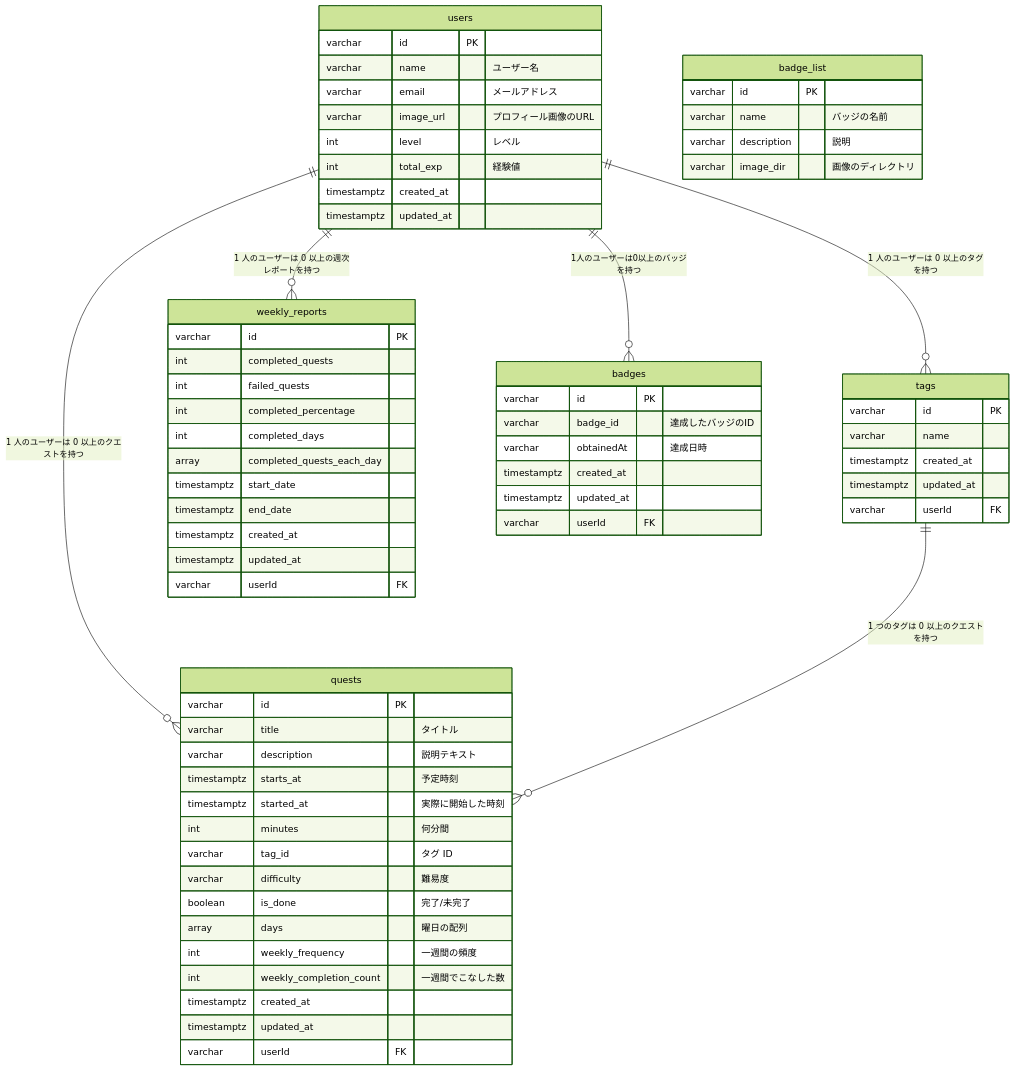
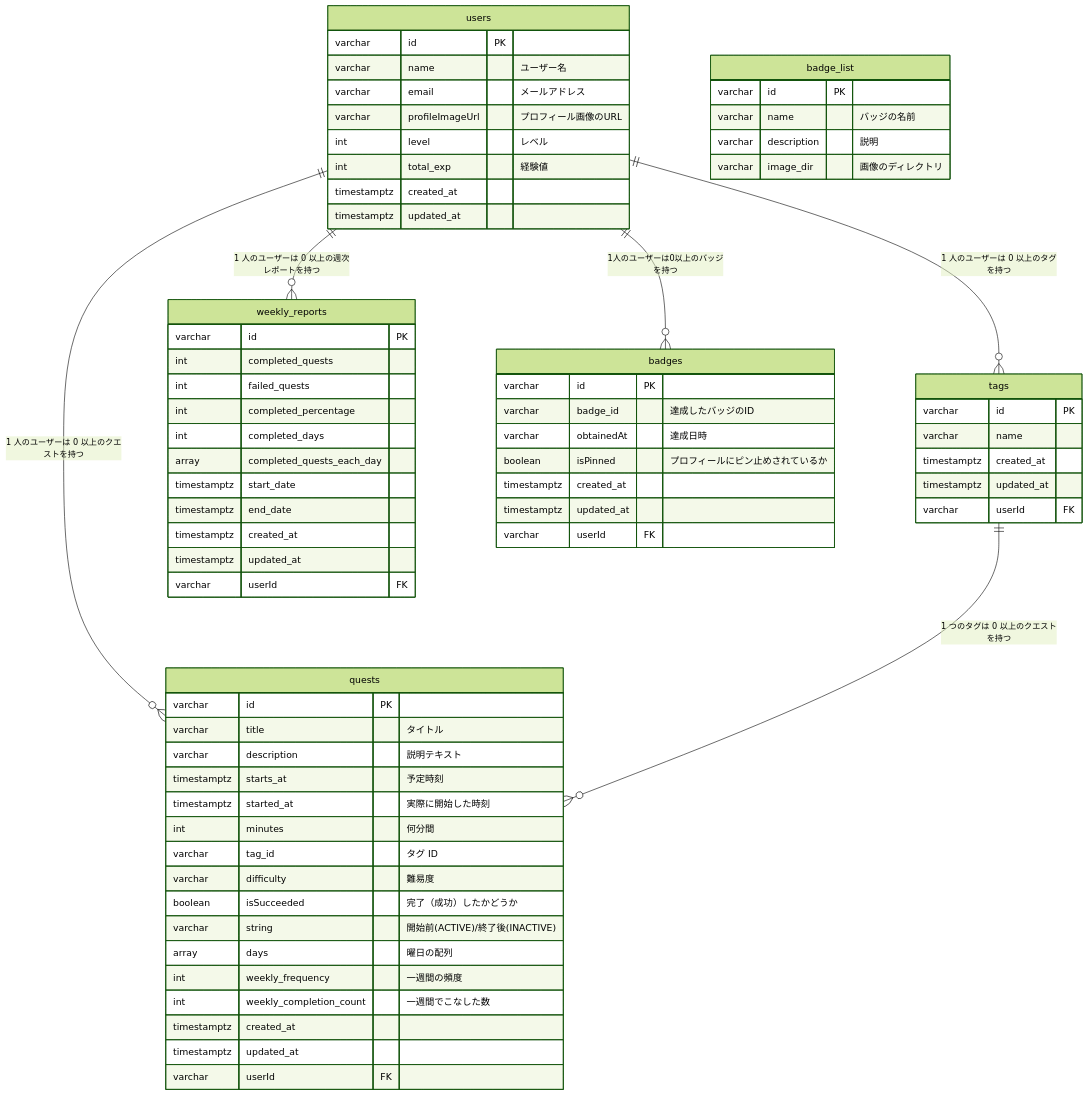
Before and after one commit to taga3s/Rhythmate-Service: the diagram in docs/db/mermaid.md, drawn with Mermaid (forest theme). The commit also changed 1 other file, not shown here.

Commit message:
fix: db スキーマの更新

````diff
--- a/docs/db/mermaid.md
+++ b/docs/db/mermaid.md
@@ -1,69 +1,71 @@
 ```mermaid
 erDiagram
     users {
         varchar id PK
         varchar name "ユーザー名"
         varchar email "メールアドレス"
-        varchar image_url "プロフィール画像のURL"
+        varchar profileImageUrl "プロフィール画像のURL"
         int level "レベル"
         int total_exp "経験値"
         timestamptz created_at
         timestamptz updated_at
     }
     quests {
         varchar id PK
         varchar title "タイトル"
         varchar description "説明テキスト"
         timestamptz starts_at "予定時刻"
         timestamptz started_at "実際に開始した時刻"
         int minutes "何分間"
         varchar tag_id "タグ ID"
         varchar difficulty "難易度"
-        boolean is_done "完了/未完了"
+        boolean isSucceeded "完了（成功）したかどうか"
+        varchar string "開始前(ACTIVE)/終了後(INACTIVE)"
         array days "曜日の配列"
         int weekly_frequency "一週間の頻度"
         int weekly_completion_count "一週間でこなした数"
         timestamptz created_at
         timestamptz updated_at
         varchar userId FK
     }
     tags {
         varchar id PK
         varchar name
         timestamptz created_at
         timestamptz updated_at
         varchar userId FK
     }
     weekly_reports {
         varchar id PK
         int completed_quests
         int failed_quests
         int completed_percentage
         int completed_days
         array completed_quests_each_day
         timestamptz start_date
         timestamptz end_date
         timestamptz created_at
         timestamptz updated_at
         varchar userId FK
     }
     badges {
         varchar id PK
         varchar badge_id "達成したバッジのID"
         varchar obtainedAt "達成日時"
+        boolean isPinned "プロフィールにピン止めされているか"
         timestamptz created_at 
         timestamptz updated_at
         varchar userId FK
     }
     badge_list {
         varchar id PK
         varchar name "バッジの名前"
         varchar description "説明"
         varchar image_dir "画像のディレクトリ"
     }
     users ||--o{ quests : "1 人のユーザーは 0 以上のクエストを持つ"
     users || --o{ tags : "1 人のユーザーは 0 以上のタグを持つ"
     users ||--o{ weekly_reports : "1 人のユーザーは 0 以上の週次レポートを持つ"
     users ||--o{ badges : "1人のユーザーは0以上のバッジを持つ"
     tags || --o{ quests : "1 つのタグは 0 以上のクエストを持つ"
 ```
````
